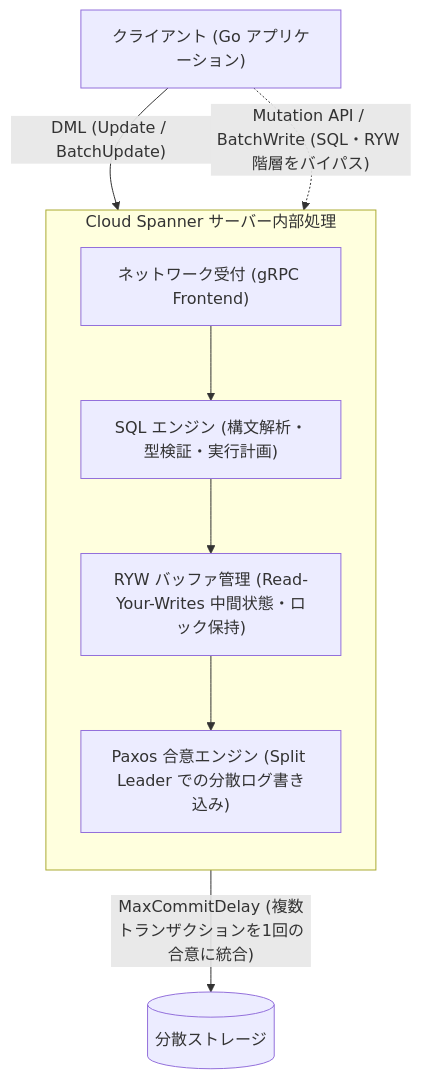
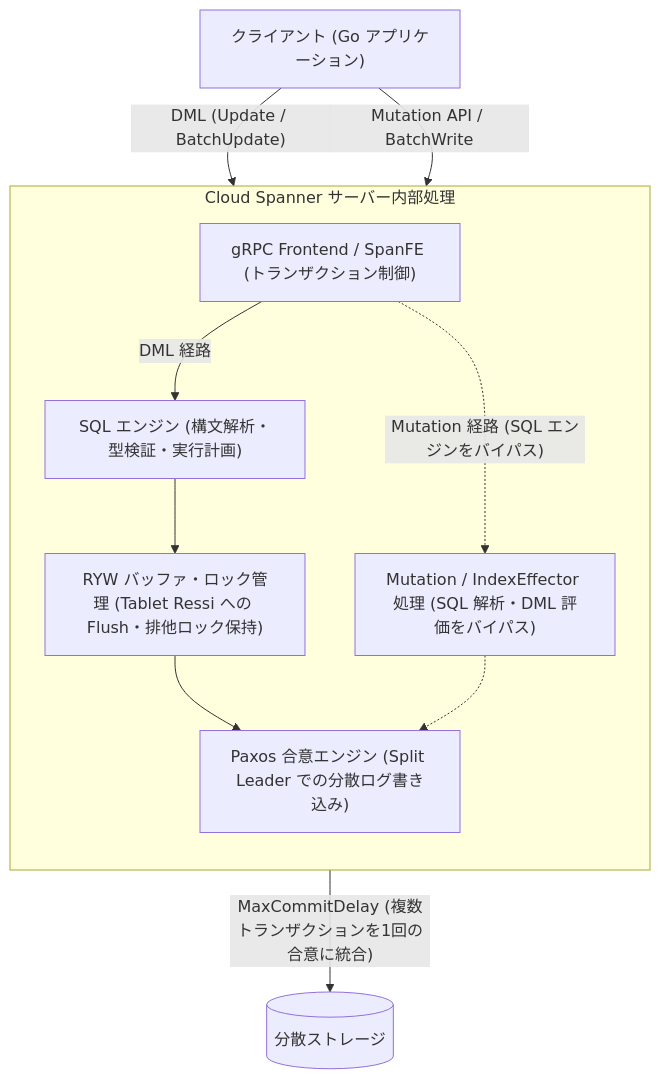
The first of 6 diagrams in articles/7aad16e9b5760d.md (michity15169/zenn-content), drawn with Mermaid before and after one commit. The commit also changed other lines of this file, not shown here.

Commit message:
fix: Spanner バルク書き込み記事の技術的正確性・アーキテクチャ図・サンプルコードの改修

````diff
--- a/articles/7aad16e9b5760d.md
+++ b/articles/7aad16e9b5760d.md
@@ -57,20 +57,24 @@
 ```mermaid
 flowchart TD
     Client["クライアント (Go アプリケーション)"]
     
     subgraph SpannerServer ["Cloud Spanner サーバー内部処理"]
         direction TB
-        GW["ネットワーク受付 (gRPC Frontend)"]
+        GW["gRPC Frontend / SpanFE (トランザクション制御)"]
         SQL["SQL エンジン (構文解析・型検証・実行計画)"]
-        RYW["RYW バッファ管理 (Read-Your-Writes 中間状態・ロック保持)"]
+        RYW["RYW バッファ・ロック管理 (Tablet Ressi への Flush・排他ロック保持)"]
+        MutEngine["Mutation / IndexEffector 処理 (SQL 解析・DML 評価をバイパス)"]
         Paxos["Paxos 合意エンジン (Split Leader での分散ログ書き込み)"]
     end
 
     Client -->|"DML (Update / BatchUpdate)"| GW
-    GW --> SQL
+    Client -->|"Mutation API / BatchWrite"| GW
+
+    GW -->|"DML 経路"| SQL
     SQL --> RYW
     RYW --> Paxos
 
-    Client -.->|"Mutation API / BatchWrite (SQL・RYW 階層をバイパス)"| Paxos
+    GW -.->|"Mutation 経路 (SQL エンジンをバイパス)"| MutEngine
+    MutEngine -.-> Paxos
     Paxos -->|"MaxCommitDelay (複数トランザクションを1回の合意に統合)"| Storage[("分散ストレージ")]
 ```
````
